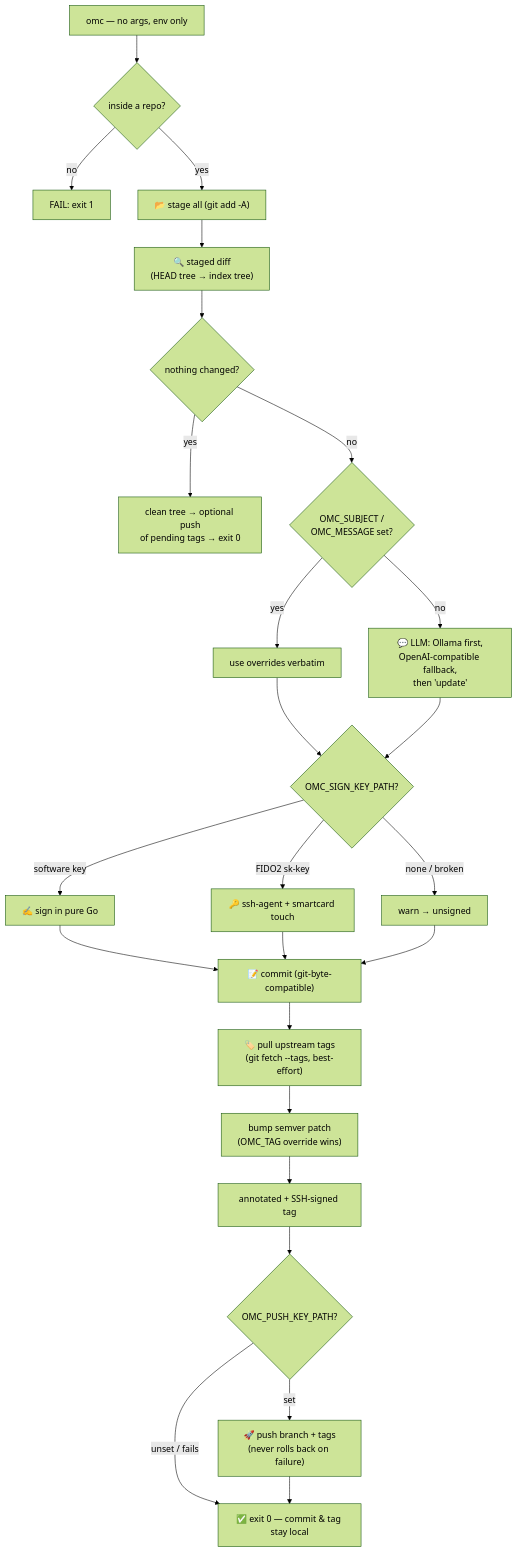
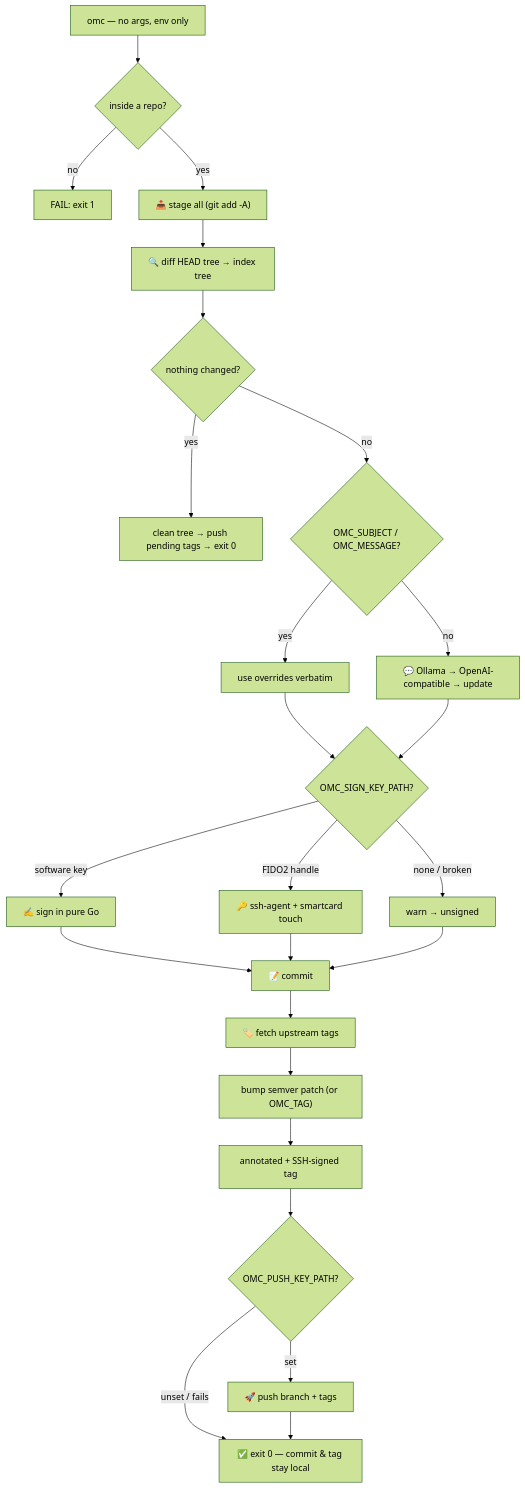
Before and after one commit to paepckehh/omc: the diagram in README.md, drawn with Mermaid (forest theme). The commit also changed other lines of this file and 14 other files, not shown here.

Commit message:
Fix release-flow reporting and AI fallbacks, refresh README with demos

````diff
--- a/README.md
+++ b/README.md
@@ -728,27 +375,27 @@
 ```mermaid
 flowchart TD
     A["omc — no args, env only"] --> B{"inside a repo?"}
     B -- "no" --> X["FAIL: exit 1"]
-    B -- "yes" --> C["📂 stage all (git add -A)"]
-    C --> D["🔍 staged diff\n(HEAD tree → index tree)"]
+    B -- "yes" --> C["📥 stage all (git add -A)"]
+    C --> D["🔍 diff HEAD tree → index tree"]
     D --> E{"nothing changed?"}
-    E -- "yes" --> PP["clean tree → optional push\nof pending tags → exit 0"]
-    E -- "no" --> F{"OMC_SUBJECT /\nOMC_MESSAGE set?"}
+    E -- "yes" --> PP["clean tree → push pending tags → exit 0"]
+    E -- "no" --> F{"OMC_SUBJECT / OMC_MESSAGE?"}
     F -- "yes" --> G["use overrides verbatim"]
-    F -- "no" --> H["💬 LLM: Ollama first,\nOpenAI-compatible fallback,\nthen 'update'"]
+    F -- "no" --> H["💬 Ollama → OpenAI-compatible → update"]
     G --> I{"OMC_SIGN_KEY_PATH?"}
     H --> I
     I -- "software key" --> J["✍️ sign in pure Go"]
-    I -- "FIDO2 sk-key" --> K["🔑 ssh-agent + smartcard touch"]
+    I -- "FIDO2 handle" --> K["🔑 ssh-agent + smartcard touch"]
     I -- "none / broken" --> L["warn → unsigned"]
-    J --> M["📝 commit (git-byte-compatible)"]
+    J --> M["📝 commit"]
     K --> M
     L --> M
-    M --> N["🏷️ pull upstream tags\n(git fetch --tags, best-effort)"]
-    N --> O["bump semver patch\n(OMC_TAG override wins)"]
+    M --> N["🏷️ fetch upstream tags"]
+    N --> O["bump semver patch (or OMC_TAG)"]
     O --> P["annotated + SSH-signed tag"]
     P --> Q{"OMC_PUSH_KEY_PATH?"}
-    Q -- "set" --> R["🚀 push branch + tags\n(never rolls back on failure)"]
+    Q -- "set" --> R["🚀 push branch + tags"]
     Q -- "unset / fails" --> Z["✅ exit 0 — commit & tag stay local"]
     R --> Z
 ```
````
